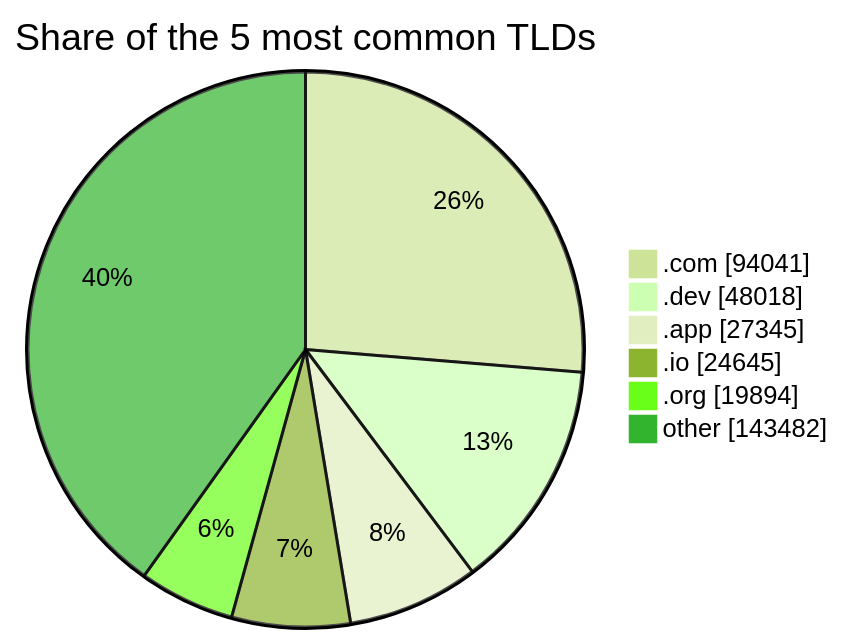
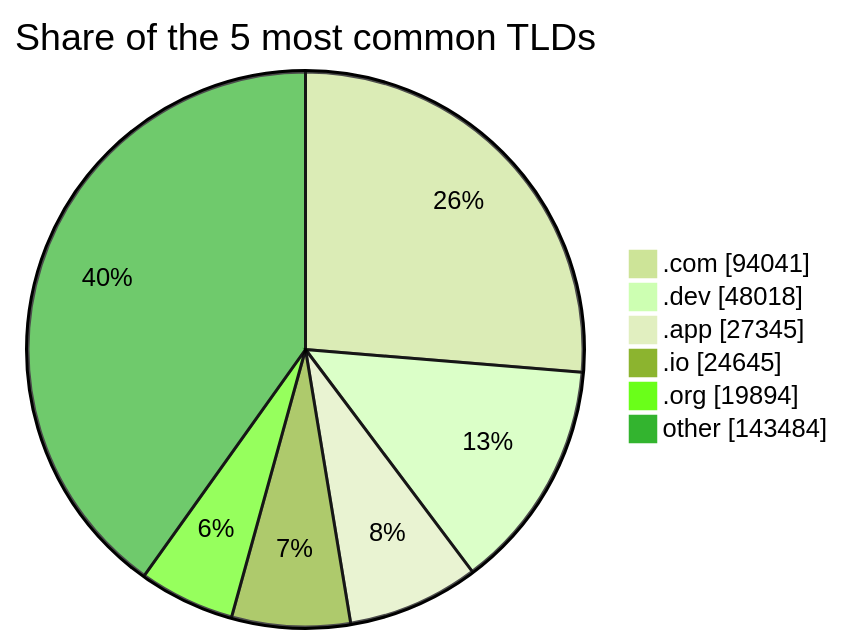
The third of 3 diagrams in README.md (DNSBunker/CTI), drawn with Mermaid (forest theme) before and after one commit. The commit also changed other lines of this file and 3 other files, not shown here.

````diff
--- a/README.md
+++ b/README.md
@@ -81,9 +81,9 @@
 ```mermaid
 pie showData title Share of the 5 most common TLDs
     ".com" : 94041
     ".dev" : 48018
     ".app" : 27345
     ".io" : 24645
     ".org" : 19894
-    "other" : 143482
+    "other" : 143484
 ```
````
